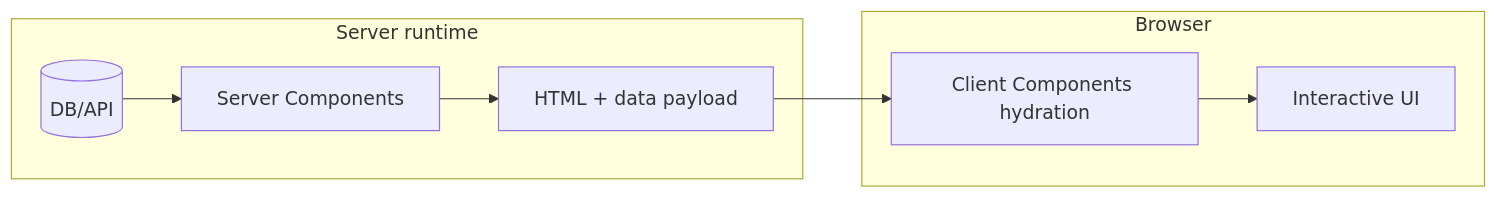
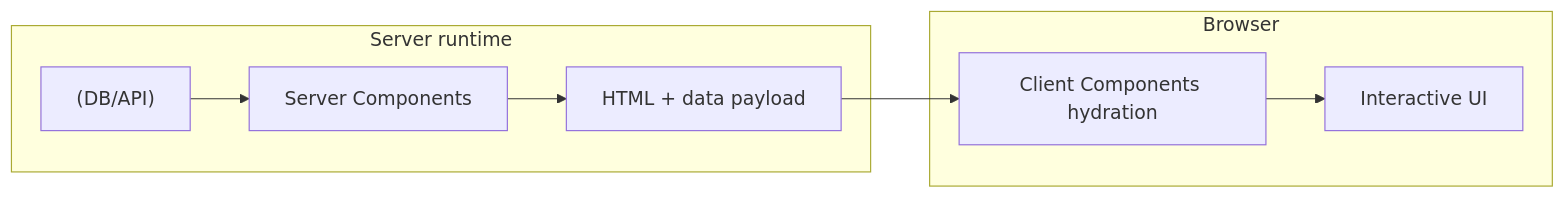
Before and after one commit to DDoSKudya/ai-study-atlas: the first of 7 diagrams in directions/architecture/pact/34_sovremennye_napravleniya/03_34_3_server_components_i_gibridy_offline_first_plaginy_multi_tenancy.md, drawn with Mermaid. The commit also changed other lines of this file and 322 other files, not shown here.

Commit message:
fix(docs): make mermaid diagrams GitHub-compatible across directions content

````diff
--- a/directions/architecture/pact/34_sovremennye_napravleniya/03_34_3_server_components_i_gibridy_offline_first_plaginy_multi_tenancy.md
+++ b/directions/architecture/pact/34_sovremennye_napravleniya/03_34_3_server_components_i_gibridy_offline_first_plaginy_multi_tenancy.md
@@ -49,11 +49,11 @@
 ```mermaid
 flowchart LR
   subgraph Server["Server runtime"]
-    SC[Server Components] --> HTML[HTML + data payload]
-    DB[(DB/API)] --> SC
+    SC["Server Components"] --> HTML["HTML + data payload"]
+    DB["(DB/API)"] --> SC
   end
   subgraph Client["Browser"]
-    HTML --> CC[Client Components hydration]
-    CC --> UI[Interactive UI]
+    HTML --> CC["Client Components hydration"]
+    CC --> UI["Interactive UI"]
   end
 ```
````
